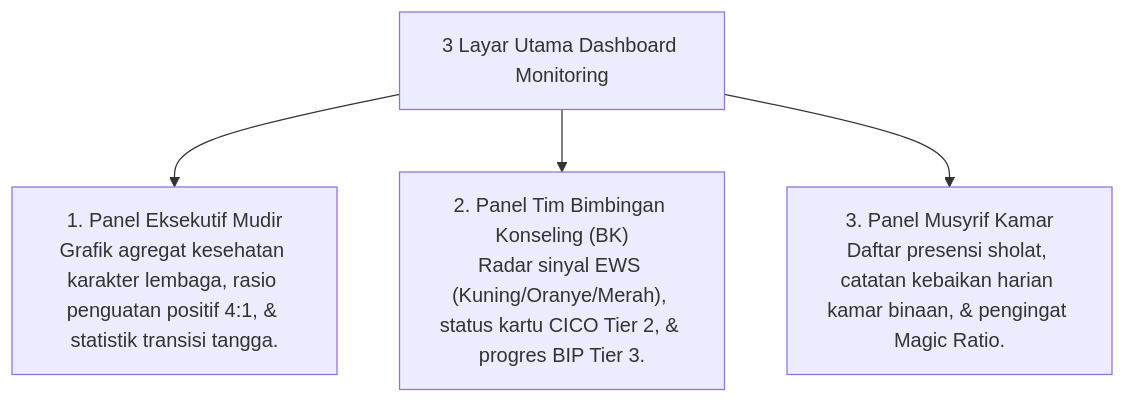
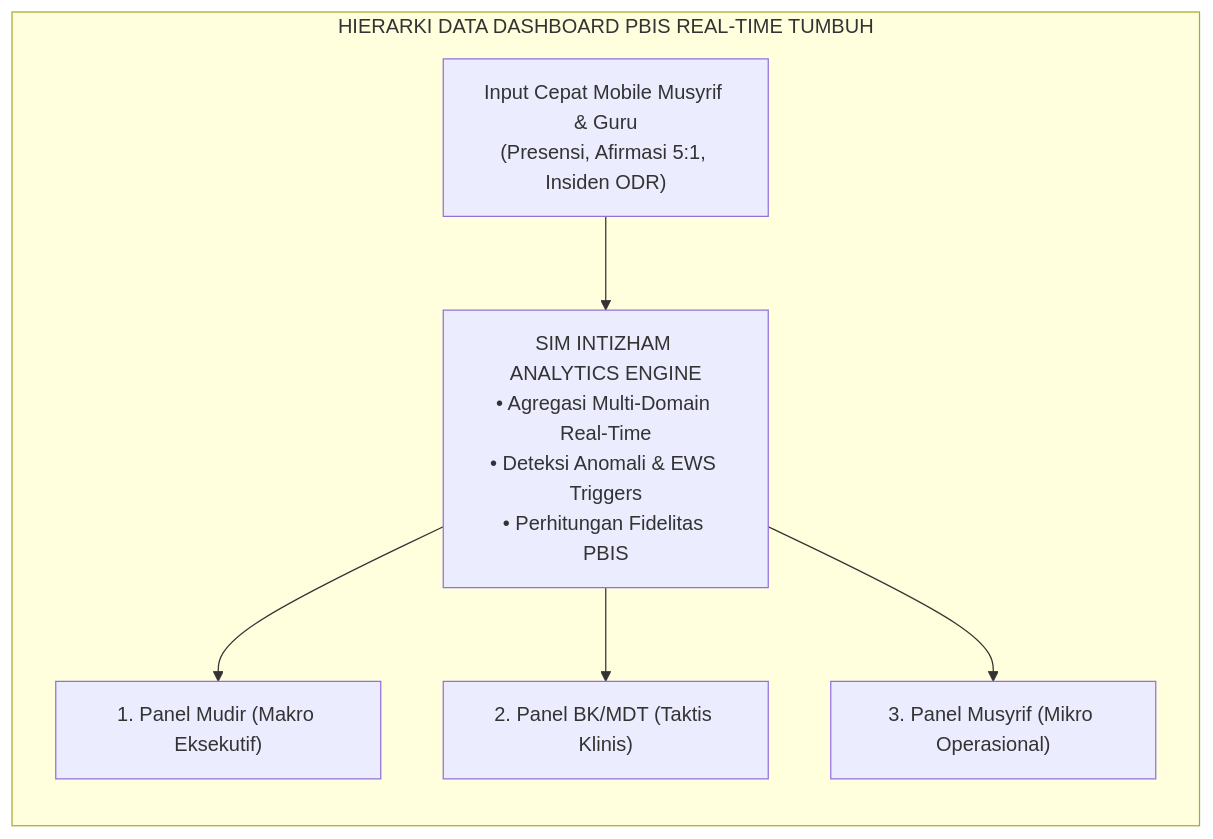
One commit to wandiapriliyandi/tumbuh changed the first of 2 diagrams in 07 Implementation Framework/09 Monitoring/P7-09-01-Arsitektur-Dashboard-Monitoring-Real-Time.md. Above: the diagram before and after it, drawn with Mermaid. The commit also changed other lines of this file and 3 other files, not shown here.

````diff
--- a/07 Implementation Framework/09 Monitoring/P7-09-01-Arsitektur-Dashboard-Monitoring-Real-Time.md
+++ b/07 Implementation Framework/09 Monitoring/P7-09-01-Arsitektur-Dashboard-Monitoring-Real-Time.md
@@ -14,7 +28,9 @@
 ```mermaid
-graph TD
-    DashboardPanels["3 Layar Utama Dashboard Monitoring"]
-    DashboardPanels --> MudirPanel["1. Panel Eksekutif Mudir<br/>Grafik agregat kesehatan karakter lembaga, rasio penguatan positif 4:1, & statistik transisi tangga."]
-    DashboardPanels --> BKPanel["2. Panel Tim Bimbingan Konseling (BK)<br/>Radar sinyal EWS (Kuning/Oranye/Merah), status kartu CICO Tier 2, & progres BIP Tier 3."]
-    DashboardPanels --> MusyrifPanel["3. Panel Musyrif Kamar<br/>Daftar presensi sholat, catatan kebaikan harian kamar binaan, & pengingat Magic Ratio."]
+flowchart LR
+    subgraph DataTriad["HIERARKI DATA DASHBOARD PBIS REAL-TIME TUMBUH"]
+        Raw["Input Cepat Mobile Musyrif & Guru<br/>(Presensi, Afirmasi 5:1, Insiden ODR)"] --> Engine["SIM INTIZHAM ANALYTICS ENGINE<br/>• Agregasi Multi-Domain Real-Time<br/>• Deteksi Anomali & EWS Triggers<br/>• Perhitungan Fidelitas PBIS"]
+        Engine --> Mudir["1. Panel Mudir (Makro Eksekutif)"]
+        Engine --> BK["2. Panel BK/MDT (Taktis Klinis)"]
+        Engine --> Musyrif["3. Panel Musyrif (Mikro Operasional)"]
+    end
 ```
````
